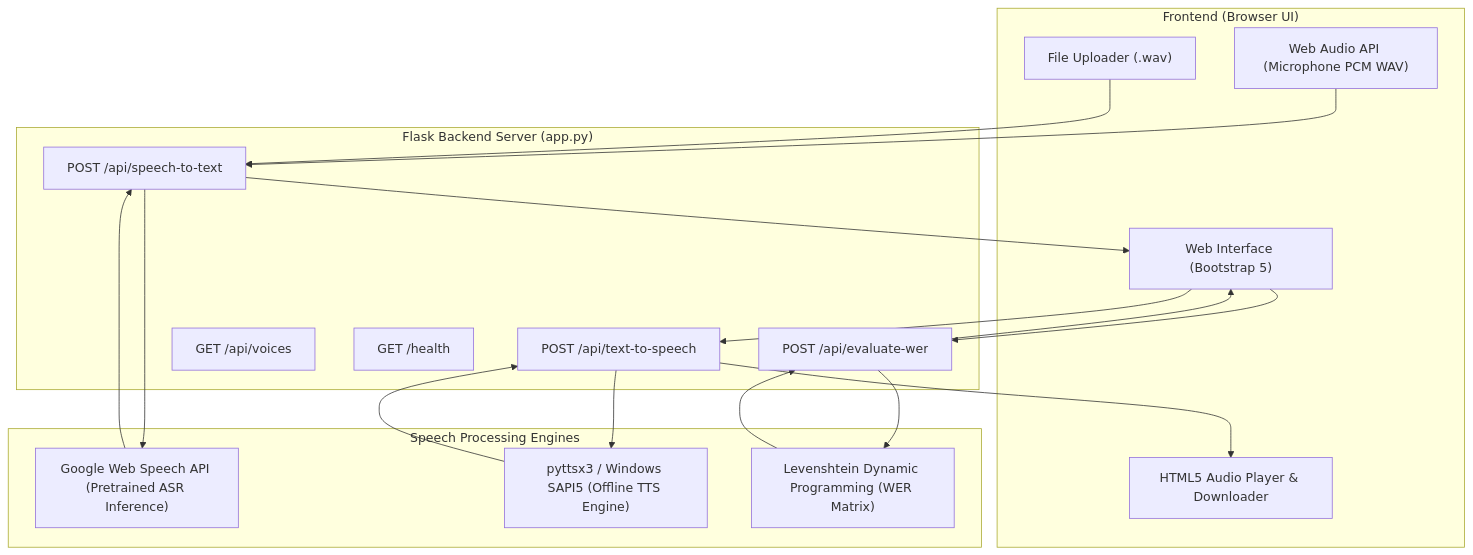
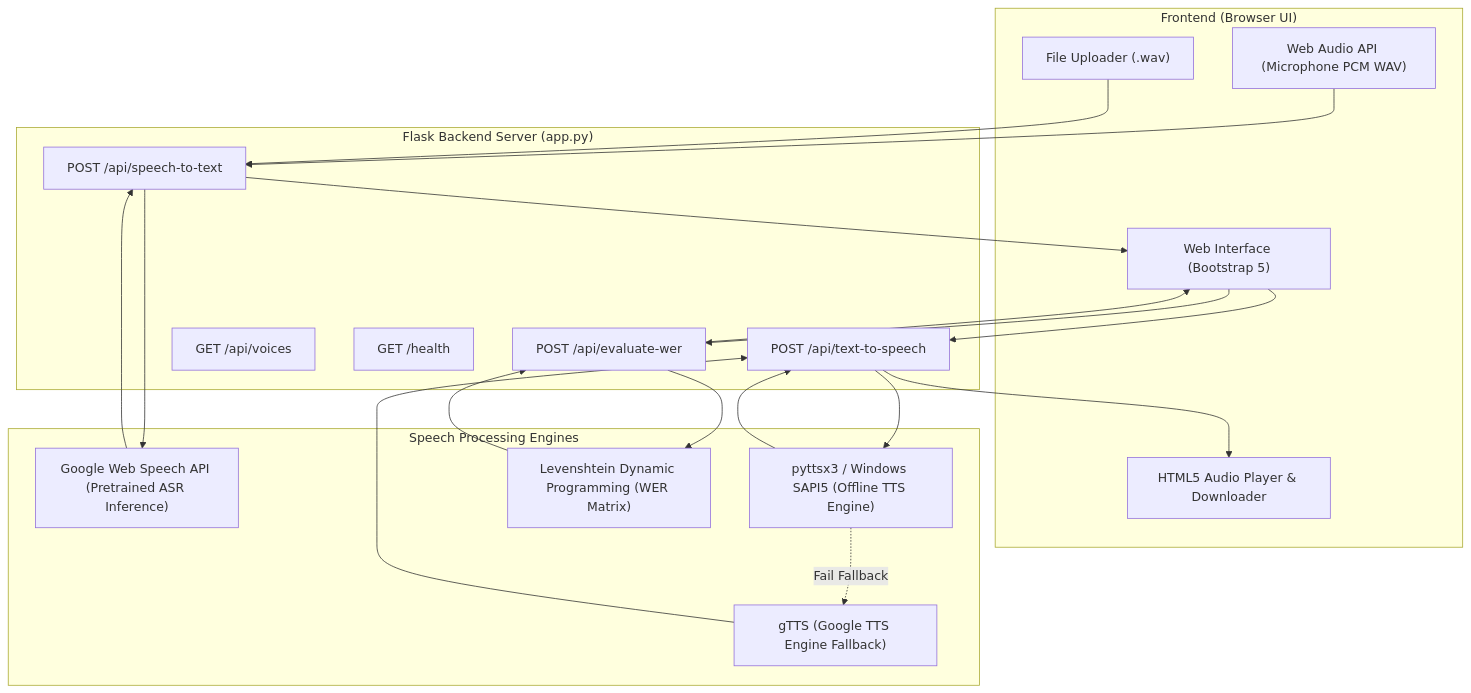
One commit to mukandsingh304-hue/Speech-To-Text-Conversion-System changed the diagram in README.md. Above: the diagram before and after it, drawn with Mermaid. The commit also changed other lines of this file and 5 other files, not shown here.

````diff
--- a/README.md
+++ b/README.md
@@ -67,39 +75,42 @@
 ```mermaid
 flowchart TD
     subgraph Client ["Frontend (Browser UI)"]
         UI["Web Interface (Bootstrap 5)"]
         Mic["Web Audio API (Microphone PCM WAV)"]
         Upload["File Uploader (.wav)"]
         AudioPlayer["HTML5 Audio Player & Downloader"]
     end
 
     subgraph Backend ["Flask Backend Server (app.py)"]
         RouteSTT["POST /api/speech-to-text"]
         RouteTTS["POST /api/text-to-speech"]
         RouteWER["POST /api/evaluate-wer"]
         RouteVoices["GET /api/voices"]
         RouteHealth["GET /health"]
     end
 
     subgraph Engines ["Speech Processing Engines"]
         GoogleASR["Google Web Speech API (Pretrained ASR Inference)"]
         SAPI5["pyttsx3 / Windows SAPI5 (Offline TTS Engine)"]
+        GTTS["gTTS (Google TTS Engine Fallback)"]
         WERAlgo["Levenshtein Dynamic Programming (WER Matrix)"]
     end
 
     Mic --> RouteSTT
     Upload --> RouteSTT
     RouteSTT --> GoogleASR
     GoogleASR --> RouteSTT
     RouteSTT --> UI
 
     UI --> RouteTTS
     RouteTTS --> SAPI5
+    SAPI5 -. Fail Fallback .-> GTTS
     SAPI5 --> RouteTTS
+    GTTS --> RouteTTS
     RouteTTS --> AudioPlayer
 
     UI --> RouteWER
     RouteWER --> WERAlgo
     WERAlgo --> RouteWER
     RouteWER --> UI
 ```
````
